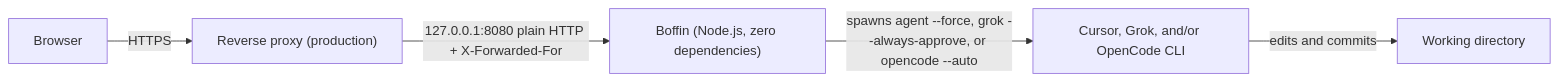
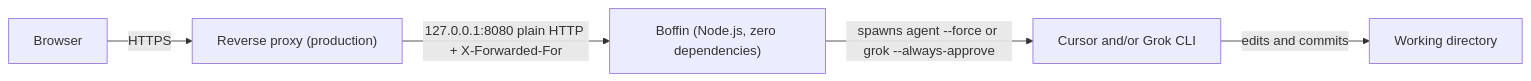
Before and after one commit to weakish/vibe: the diagram in boffin/README.md, drawn with Mermaid. The commit also changed other lines of this file, not shown here.

Commit message:
:memo:boffin: remove OpenCode from README

````diff
--- a/boffin/README.md
+++ b/boffin/README.md
@@ -9,7 +9,7 @@
 ```mermaid
 flowchart LR
     Browser["Browser"] -->|"HTTPS"| Proxy["Reverse proxy (production)"]
     Proxy -->|"127.0.0.1:8080 plain HTTP + X-Forwarded-For"| Boffin["Boffin (Node.js, zero dependencies)"]
-    Boffin -->|"spawns agent --force, grok --always-approve, or opencode --auto"| Agent["Cursor, Grok, and/or OpenCode CLI"]
+    Boffin -->|"spawns agent --force or grok --always-approve"| Agent["Cursor and/or Grok CLI"]
     Agent -->|"edits and commits"| Workdir["Working directory"]
 ```
````
